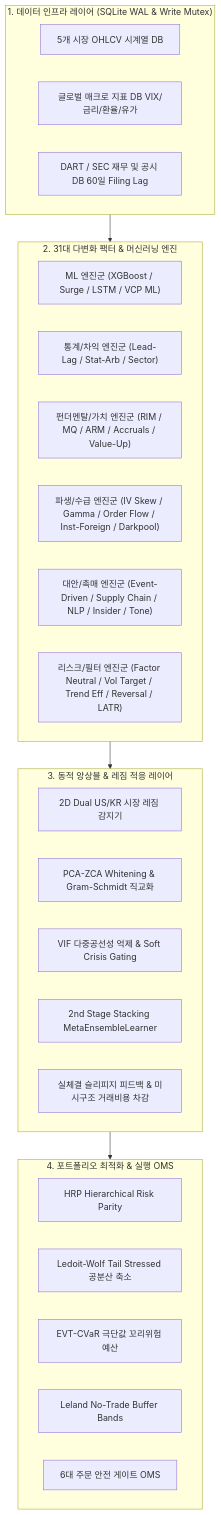
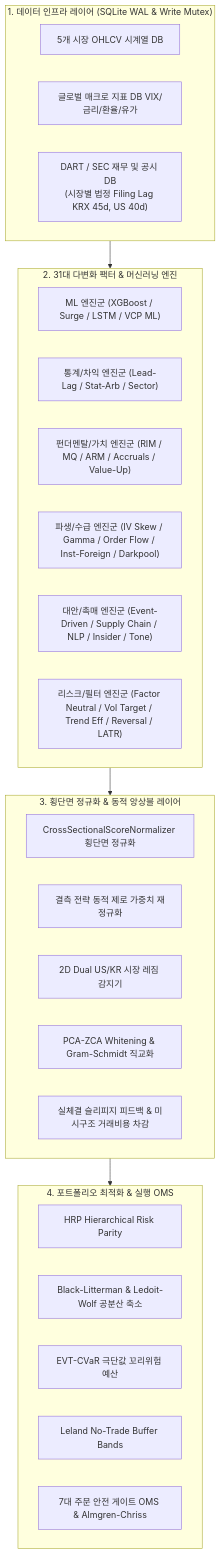
One commit to kthur/stock changed the diagram in docs/strategy/README.md. Above: the diagram before and after it, drawn with Mermaid. The commit also changed other lines of this file and 102 other files, not shown here.

````diff
--- a/docs/strategy/README.md
+++ b/docs/strategy/README.md
@@ -47,37 +47,37 @@
 ```mermaid
 flowchart TD
     subgraph DataLayer ["1. 데이터 인프라 레이어 (SQLite WAL & Write Mutex)"]
         D1[5개 시장 OHLCV 시계열 DB]
         D2[글로벌 매크로 지표 DB VIX/금리/환율/유가]
-        D3[DART / SEC 재무 및 공시 DB 60일 Filing Lag]
+        D3["DART / SEC 재무 및 공시 DB\n(시장별 법정 Filing Lag KRX 45d, US 40d)"]
     end
 
     subgraph StrategyEngines ["2. 31대 다변화 팩터 & 머신러닝 엔진"]
         S1["ML 엔진군 (XGBoost / Surge / LSTM / VCP ML)"]
         S2["통계/차익 엔진군 (Lead-Lag / Stat-Arb / Sector)"]
         S3["펀더멘탈/가치 엔진군 (RIM / MQ / ARM / Accruals / Value-Up)"]
         S4["파생/수급 엔진군 (IV Skew / Gamma / Order Flow / Inst-Foreign / Darkpool)"]
         S5["대안/촉매 엔진군 (Event-Driven / Supply Chain / NLP / Insider / Tone)"]
         S6["리스크/필터 엔진군 (Factor Neutral / Vol Target / Trend Eff / Reversal / LATR)"]
     end
 
-    subgraph EnsembleLayer ["3. 동적 앙상블 & 레짐 적응 레이어"]
-        E1[2D Dual US/KR 시장 레짐 감지기]
-        E2[PCA-ZCA Whitening & Gram-Schmidt 직교화]
-        E3[VIF 다중공선성 억제 & Soft Crisis Gating]
-        E4[2nd Stage Stacking MetaEnsembleLearner]
+    subgraph EnsembleLayer ["3. 횡단면 정규화 & 동적 앙상블 레이어"]
+        E1[CrossSectionalScoreNormalizer 횡단면 정규화]
+        E2[결측 전략 동적 제로 가중치 재정규화]
+        E3[2D Dual US/KR 시장 레짐 감지기]
+        E4[PCA-ZCA Whitening & Gram-Schmidt 직교화]
         E5[실체결 슬리피지 피드백 & 미시구조 거래비용 차감]
     end
 
     subgraph PortfolioExecution ["4. 포트폴리오 최적화 & 실행 OMS"]
         P1[HRP Hierarchical Risk Parity]
-        P2[Ledoit-Wolf Tail Stressed 공분산 축소]
+        P2[Black-Litterman & Ledoit-Wolf 공분산 축소]
         P3[EVT-CVaR 극단값 꼬리위험 예산]
         P4[Leland No-Trade Buffer Bands]
-        P5[6대 주문 안전 게이트 OMS]
+        P5[7대 주문 안전 게이트 OMS & Almgren-Chriss]
     end
 
     DataLayer --> StrategyEngines
     StrategyEngines --> EnsembleLayer
     EnsembleLayer --> PortfolioExecution
 ```
````
